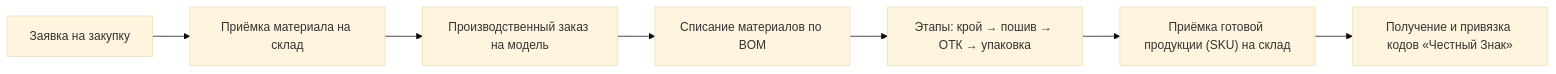
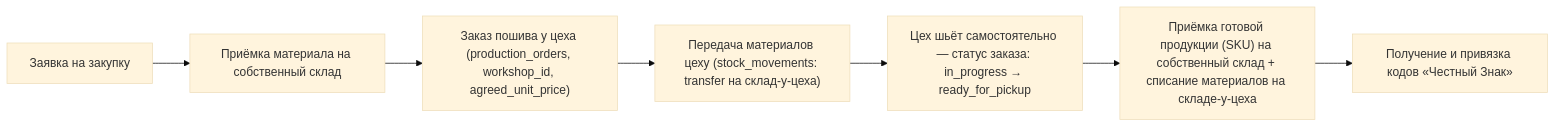
One commit to matveevmln/GarmentOS changed the third of 4 diagrams in docs/ARCHITECTURE.md. Above: the diagram before and after it, drawn with Mermaid (base theme). The commit also changed other lines of this file and 7 other files, not shown here.

````diff
--- a/docs/ARCHITECTURE.md
+++ b/docs/ARCHITECTURE.md
@@ -104,9 +106,9 @@
 ```mermaid
 flowchart LR
-    A[Заявка на закупку] --> B[Приёмка материала на склад]
-    B --> C[Производственный заказ на модель]
-    C --> D["Списание материалов по BOM"]
-    D --> E["Этапы: крой → пошив → ОТК → упаковка"]
-    E --> F["Приёмка готовой продукции (SKU) на склад"]
+    A[Заявка на закупку] --> B[Приёмка материала на собственный склад]
+    B --> C["Заказ пошива у цеха (production_orders, workshop_id, agreed_unit_price)"]
+    C --> D["Передача материалов цеху (stock_movements: transfer на склад-у-цеха)"]
+    D --> E["Цех шьёт самостоятельно — статус заказа: in_progress → ready_for_pickup"]
+    E --> F["Приёмка готовой продукции (SKU) на собственный склад + списание материалов на складе-у-цеха"]
     F --> G["Получение и привязка кодов «Честный Знак»"]
 ```
````
